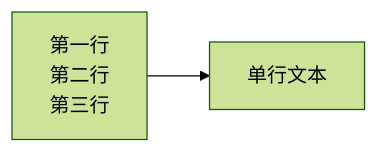
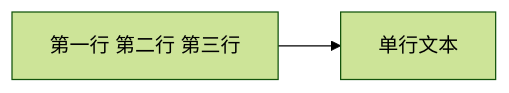
One commit to xinetzone/SpecWeave changed the fourth of 7 diagrams in docs/knowledge/best-practices/mermaid-guide.md. Above: the diagram before and after it, drawn with Mermaid (forest theme). The commit also changed other lines of this file and 41 other files, not shown here.

First line of the commit message:
feat(mermaid): CI历史债务ratchet基线门禁与节点文本单行化策略

````diff
--- a/docs/knowledge/best-practices/mermaid-guide.md
+++ b/docs/knowledge/best-practices/mermaid-guide.md
@@ -128,4 +128,4 @@
 ```mermaid
 flowchart LR
-    A["第一行<br/>第二行<br/>第三行"] --> B["单行文本"]
+    A["第一行 第二行 第三行"] --> B["单行文本"]
 ```
````
